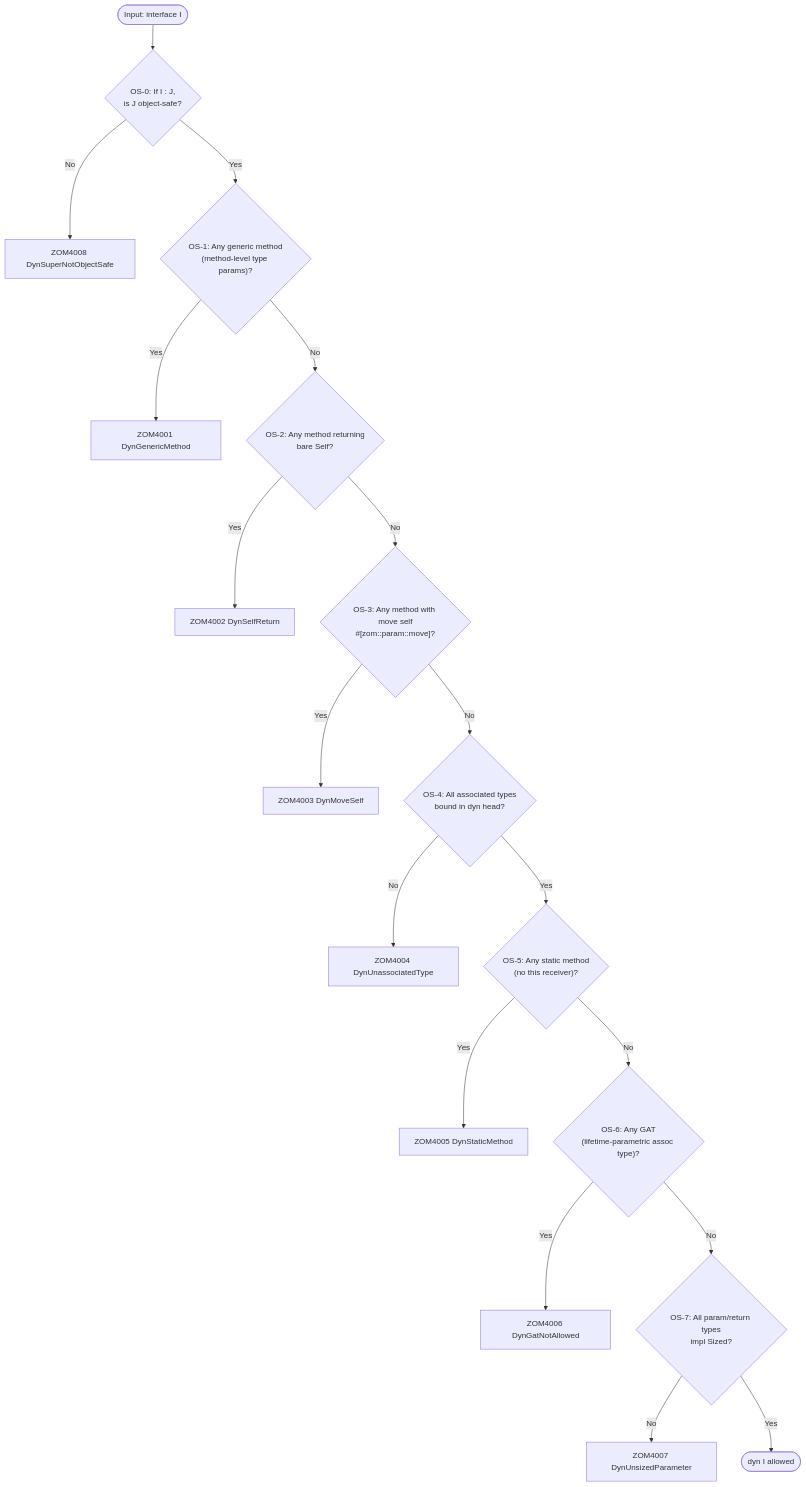
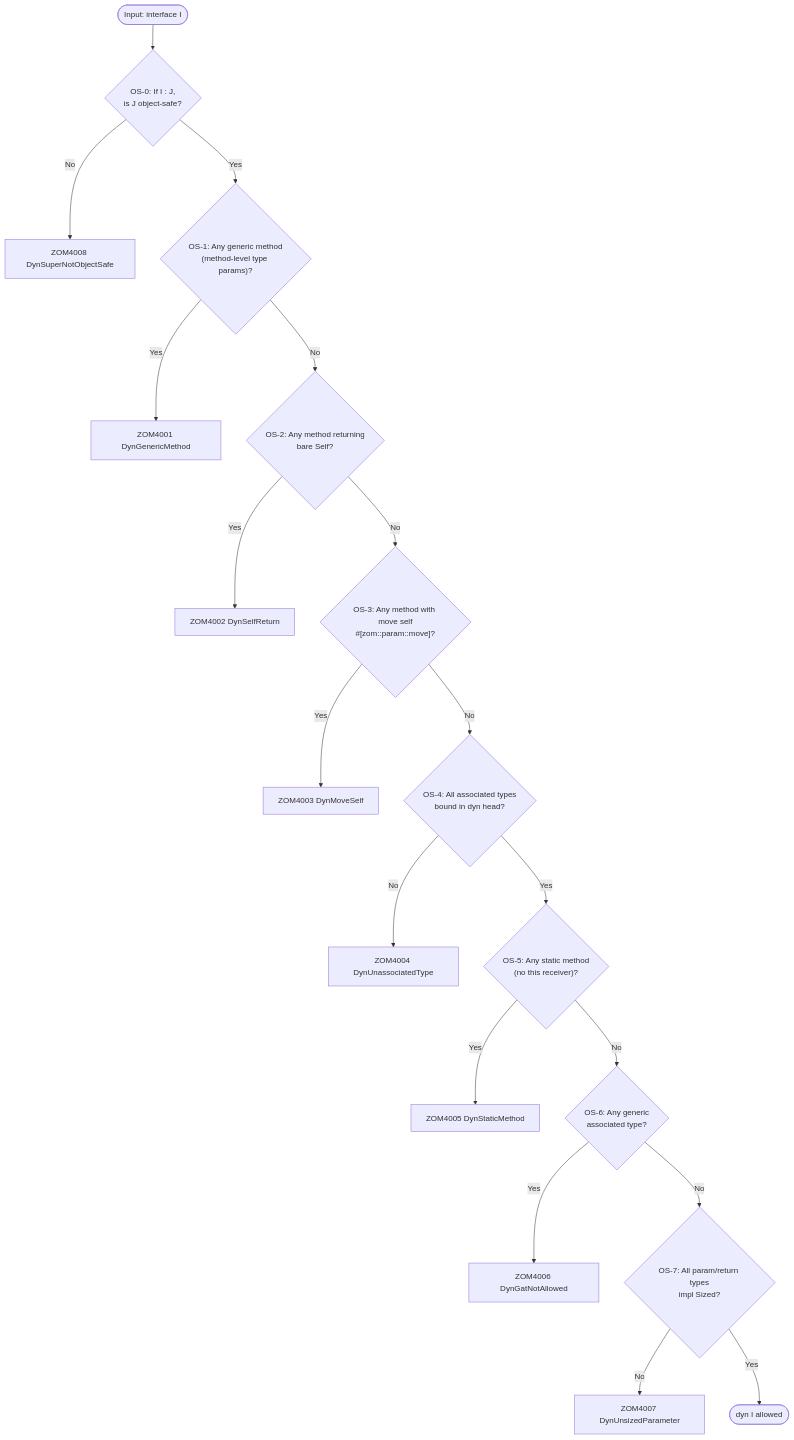
One commit to Zzzode/ZOM changed the second of 2 diagrams in docs/spec/chapters/09-interfaces.md. Above: the diagram before and after it, drawn with Mermaid. The commit also changed other lines of this file and 104 other files, not shown here.

````diff
--- a/docs/spec/chapters/09-interfaces.md
+++ b/docs/spec/chapters/09-interfaces.md
@@ -334,20 +349,20 @@
 ```mermaid
 flowchart TD
     Start([Input: interface I]) --> OS0{"OS-0: If I : J,<br/>is J object-safe?"}
     OS0 -->|No| E0[ZOM4008 DynSuperNotObjectSafe]
     OS0 -->|Yes| OS1{"OS-1: Any generic method<br/>(method-level type params)?"}
     OS1 -->|Yes| E1[ZOM4001 DynGenericMethod]
     OS1 -->|No| OS2{"OS-2: Any method returning<br/>bare Self?"}
     OS2 -->|Yes| E2[ZOM4002 DynSelfReturn]
     OS2 -->|No| OS3{"OS-3: Any method with move self<br/>#[zom::param::move]?"}
     OS3 -->|Yes| E3[ZOM4003 DynMoveSelf]
     OS3 -->|No| OS4{"OS-4: All associated types<br/>bound in dyn head?"}
     OS4 -->|No| E4[ZOM4004 DynUnassociatedType]
     OS4 -->|Yes| OS5{"OS-5: Any static method<br/>(no this receiver)?"}
     OS5 -->|Yes| E5[ZOM4005 DynStaticMethod]
-    OS5 -->|No| OS6{"OS-6: Any GAT<br/>(lifetime-parametric assoc type)?"}
+    OS5 -->|No| OS6{"OS-6: Any generic<br/>associated type?"}
     OS6 -->|Yes| E6[ZOM4006 DynGatNotAllowed]
     OS6 -->|No| OS7{"OS-7: All param/return types<br/>impl Sized?"}
     OS7 -->|No| E7[ZOM4007 DynUnsizedParameter]
     OS7 -->|Yes| OK([dyn I allowed])
 ```
````
